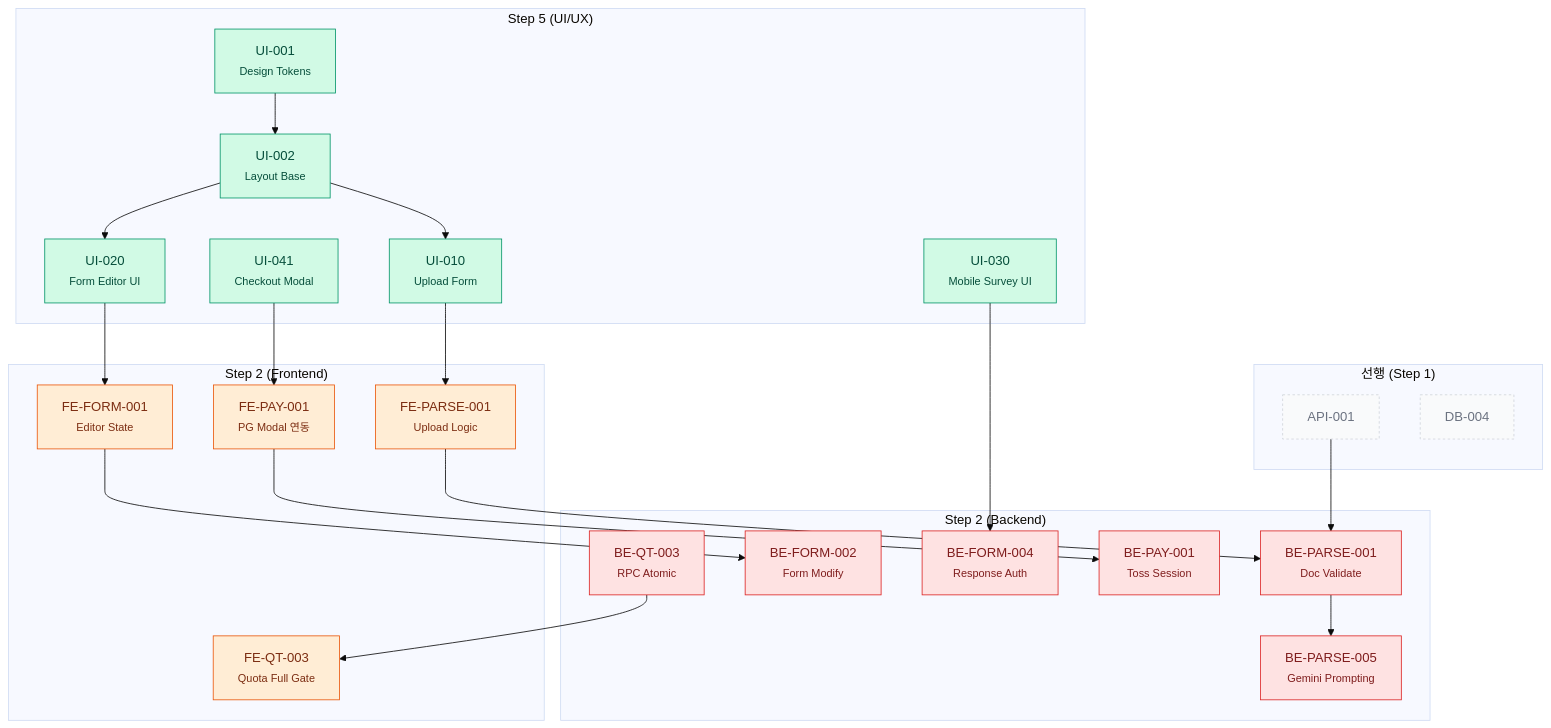
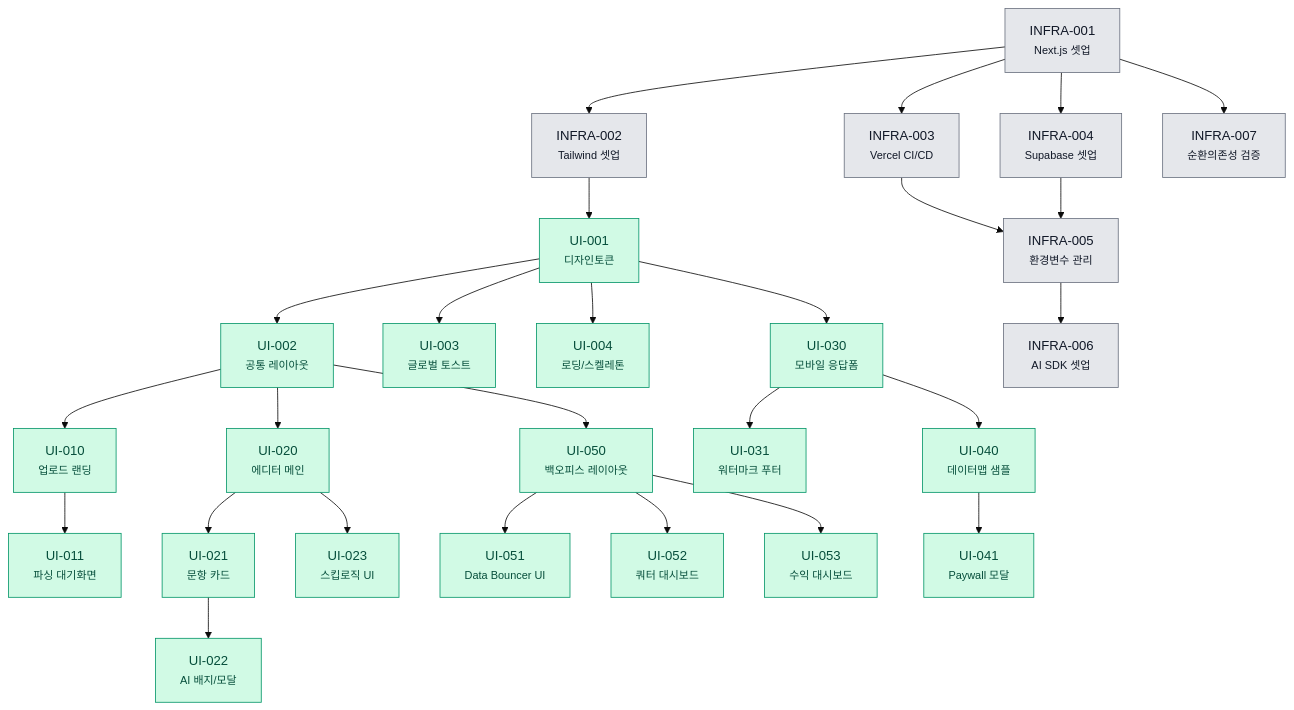
The third of 3 diagrams in TASKS/08_DEPENDENCY_DIAGRAM.md (ZeroWalnut-0/SRS-from-PRD-AI_Survey), drawn with Mermaid (base theme) before and after one commit. The commit also changed other lines of this file and 2 other files, not shown here.

Commit message:
TASK 의존성 상세 다이어그램 업데이트

````diff
--- a/TASKS/08_DEPENDENCY_DIAGRAM.md
+++ b/TASKS/08_DEPENDENCY_DIAGRAM.md
@@ -176,58 +649,64 @@
 ```mermaid
 flowchart TB
-    subgraph UI_Layer["Step 5 (UI/UX)"]
-        UI_001["UI-001<br/><small>Design Tokens</small>"]
-        UI_002["UI-002<br/><small>Layout Base</small>"]
-        UI_010["UI-010<br/><small>Upload Form</small>"]
-        UI_020["UI-020<br/><small>Form Editor UI</small>"]
-        UI_030["UI-030<br/><small>Mobile Survey UI</small>"]
-        UI_041["UI-041<br/><small>Checkout Modal</small>"]
-    end
+    NFR_INFRA_001["INFRA-001<br/><small>Next.js 셋업</small>"]
+    NFR_INFRA_002["INFRA-002<br/><small>Tailwind 셋업</small>"]
+    NFR_INFRA_003["INFRA-003<br/><small>Vercel CI/CD</small>"]
+    NFR_INFRA_004["INFRA-004<br/><small>Supabase 셋업</small>"]
+    NFR_INFRA_005["INFRA-005<br/><small>환경변수 관리</small>"]
+    NFR_INFRA_006["INFRA-006<br/><small>AI SDK 셋업</small>"]
+    NFR_INFRA_007["INFRA-007<br/><small>순환의존성 검증</small>"]
 
-    subgraph Feature_BE["Step 2 (Backend)"]
-        BE_PARSE_001["BE-PARSE-001<br/><small>Doc Validate</small>"]
-        BE_PARSE_005["BE-PARSE-005<br/><small>Gemini Prompting</small>"]
-        BE_FORM_002["BE-FORM-002<br/><small>Form Modify</small>"]
-        BE_FORM_004["BE-FORM-004<br/><small>Response Auth</small>"]
-        BE_PAY_001["BE-PAY-001<br/><small>Toss Session</small>"]
-        BE_QT_003["BE-QT-003<br/><small>RPC Atomic</small>"]
-    end
+    UI_001["UI-001<br/><small>디자인토큰</small>"]
+    UI_002["UI-002<br/><small>공통 레이아웃</small>"]
+    UI_003["UI-003<br/><small>글로벌 토스트</small>"]
+    UI_004["UI-004<br/><small>로딩/스켈레톤</small>"]
+    UI_010["UI-010<br/><small>업로드 랜딩</small>"]
+    UI_011["UI-011<br/><small>파싱 대기화면</small>"]
+    UI_020["UI-020<br/><small>에디터 메인</small>"]
+    UI_021["UI-021<br/><small>문항 카드</small>"]
+    UI_022["UI-022<br/><small>AI 배지/모달</small>"]
+    UI_023["UI-023<br/><small>스킵로직 UI</small>"]
+    UI_030["UI-030<br/><small>모바일 응답폼</small>"]
+    UI_031["UI-031<br/><small>워터마크 푸터</small>"]
+    UI_040["UI-040<br/><small>데이터맵 샘플</small>"]
+    UI_041["UI-041<br/><small>Paywall 모달</small>"]
+    UI_050["UI-050<br/><small>백오피스 레이아웃</small>"]
+    UI_051["UI-051<br/><small>Data Bouncer UI</small>"]
+    UI_052["UI-052<br/><small>쿼터 대시보드</small>"]
+    UI_053["UI-053<br/><small>수익 대시보드</small>"]
 
-    subgraph Feature_FE["Step 2 (Frontend)"]
-        FE_PARSE_001["FE-PARSE-001<br/><small>Upload Logic</small>"]
-        FE_FORM_001["FE-FORM-001<br/><small>Editor State</small>"]
-        FE_PAY_001["FE-PAY-001<br/><small>PG Modal 연동</small>"]
-        FE_QT_003["FE-QT-003<br/><small>Quota Full Gate</small>"]
-    end
+    NFR_INFRA_001 --> NFR_INFRA_002
+    NFR_INFRA_001 --> NFR_INFRA_003
+    NFR_INFRA_001 --> NFR_INFRA_004
+    NFR_INFRA_001 --> NFR_INFRA_007
+    NFR_INFRA_003 --> NFR_INFRA_005
+    NFR_INFRA_004 --> NFR_INFRA_005
+    NFR_INFRA_005 --> NFR_INFRA_006
 
-    subgraph External["선행 (Step 1)"]
-        API_001["API-001"]:::ext
-        DB_004["DB-004"]:::ext
-    end
+    NFR_INFRA_002 --> UI_001
+    UI_001 --> UI_002
+    UI_001 --> UI_003
+    UI_001 --> UI_004
+    UI_001 --> UI_030
 
-    UI_001 --> UI_002
     UI_002 --> UI_010
+    UI_010 --> UI_011
     UI_002 --> UI_020
-    
-    UI_010 --> FE_PARSE_001
-    API_001 --> BE_PARSE_001
-    FE_PARSE_001 --> BE_PARSE_001
-    BE_PARSE_001 --> BE_PARSE_005
+    UI_020 --> UI_021
+    UI_021 --> UI_022
+    UI_020 --> UI_023
+    UI_030 --> UI_031
+    UI_030 --> UI_040
+    UI_040 --> UI_041
+    UI_002 --> UI_050
+    UI_050 --> UI_051
+    UI_050 --> UI_052
+    UI_050 --> UI_053
 
-    UI_020 --> FE_FORM_001
-    FE_FORM_001 --> BE_FORM_002
-    
-    UI_030 --> BE_FORM_004
-    BE_QT_003 --> FE_QT_003
-
-    UI_041 --> FE_PAY_001
-    FE_PAY_001 --> BE_PAY_001
-
-    classDef ext fill:#F9FAFB,stroke:#D1D5DB,color:#6B7280,stroke-dasharray: 3 3
-    classDef cBe   fill:#FEE2E2,stroke:#DC2626,color:#7F1D1D
-    classDef cFe   fill:#FFEDD5,stroke:#EA580C,color:#7C2D12
-    classDef cUi   fill:#D1FAE5,stroke:#059669,color:#064E3B
-    class UI_001,UI_002,UI_010,UI_020,UI_030,UI_041 cUi
-    class BE_PARSE_001,BE_PARSE_005,BE_FORM_002,BE_FORM_004,BE_PAY_001,BE_QT_003 cBe
-    class FE_PARSE_001,FE_FORM_001,FE_PAY_001,FE_QT_003 cFe
+    classDef cInfra  fill:#E5E7EB,stroke:#6B7280,color:#111827
+    classDef cUi     fill:#D1FAE5,stroke:#059669,color:#064E3B
+    class NFR_INFRA_001,NFR_INFRA_002,NFR_INFRA_003,NFR_INFRA_004,NFR_INFRA_005,NFR_INFRA_006,NFR_INFRA_007 cInfra
+    class UI_001,UI_002,UI_003,UI_004,UI_010,UI_011,UI_020,UI_021,UI_022,UI_023,UI_030,UI_031,UI_040,UI_041,UI_050,UI_051,UI_052,UI_053 cUi
+    class NFR_INFRA_001,NFR_INFRA_002,NFR_INFRA_003,NFR_INFRA_004,NFR_INFRA_005,NFR_INFRA_006,NFR_INFRA_007 cInfra
+    class UI_001,UI_002,UI_003,UI_004,UI_010,UI_011,UI_020,UI_021,UI_022,UI_023,UI_030,UI_031,UI_040,UI_041,UI_050,UI_051,UI_052,UI_053 cUi
 ```
````
